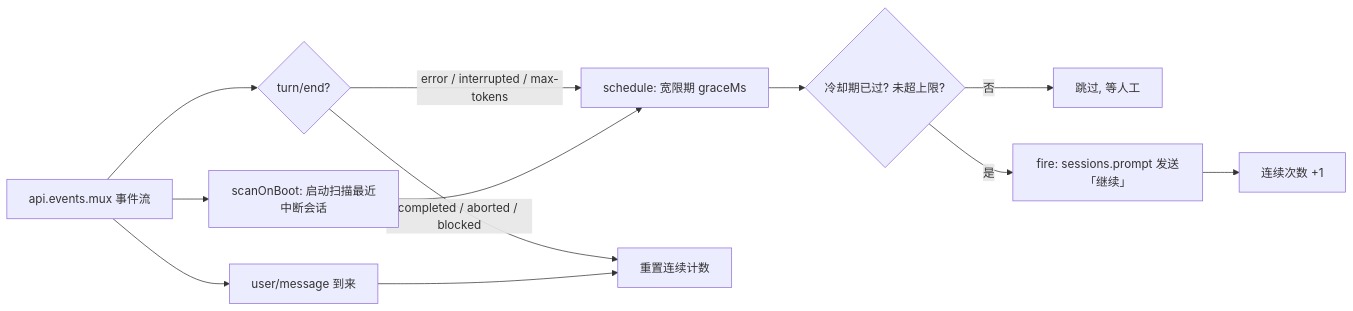
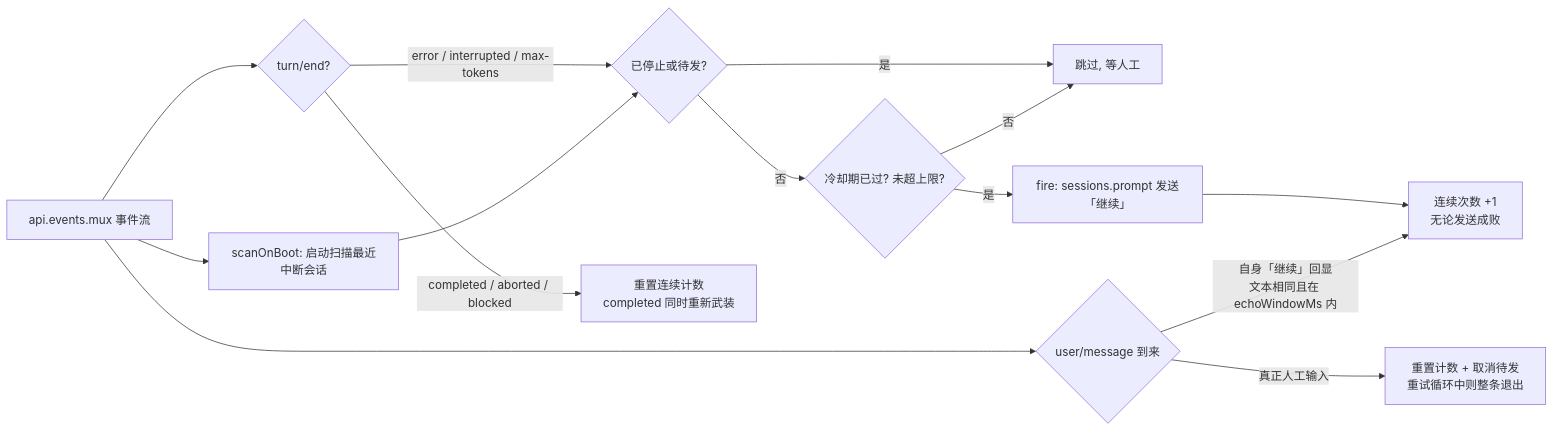
Before and after one commit to Frog755/dsh-client-auto-retry: the diagram in README.md, drawn with Mermaid. The commit also changed other lines of this file and 6 other files, not shown here.

````diff
--- a/README.md
+++ b/README.md
@@ -107,12 +108,15 @@
 ```mermaid
 flowchart LR
     A[api.events.mux 事件流] --> B{turn/end?}
-    B -- "error / interrupted / max-tokens" --> C[schedule: 宽限期 graceMs]
-    B -- "completed / aborted / blocked" --> D[重置连续计数]
-    C --> E{冷却期已过? 未超上限?}
-    E -- 否 --> F[跳过, 等人工]
-    E -- 是 --> G[fire: sessions.prompt 发送「继续」]
-    G --> H[连续次数 +1]
-    A --> I[user/message 到来] --> D
+    B -- "error / interrupted / max-tokens" --> C{已停止或待发?}
+    C -- 是 --> D[跳过, 等人工]
+    C -- 否 --> E{冷却期已过? 未超上限?}
+    E -- 否 --> D
+    E -- 是 --> F[fire: sessions.prompt 发送「继续」]
+    F --> G[连续次数 +1<br/>无论发送成败]
+    A --> H{user/message 到来}
+    H -- 自身「继续」回显<br/>文本相同且在 echoWindowMs 内 --> G
+    H -- 真正人工输入 --> I[重置计数 + 取消待发<br/>重试循环中则整条退出]
     A --> J[scanOnBoot: 启动扫描最近中断会话] --> C
+    B -- "completed / aborted / blocked" --> K[重置连续计数<br/>completed 同时重新武装]
 ```
````
